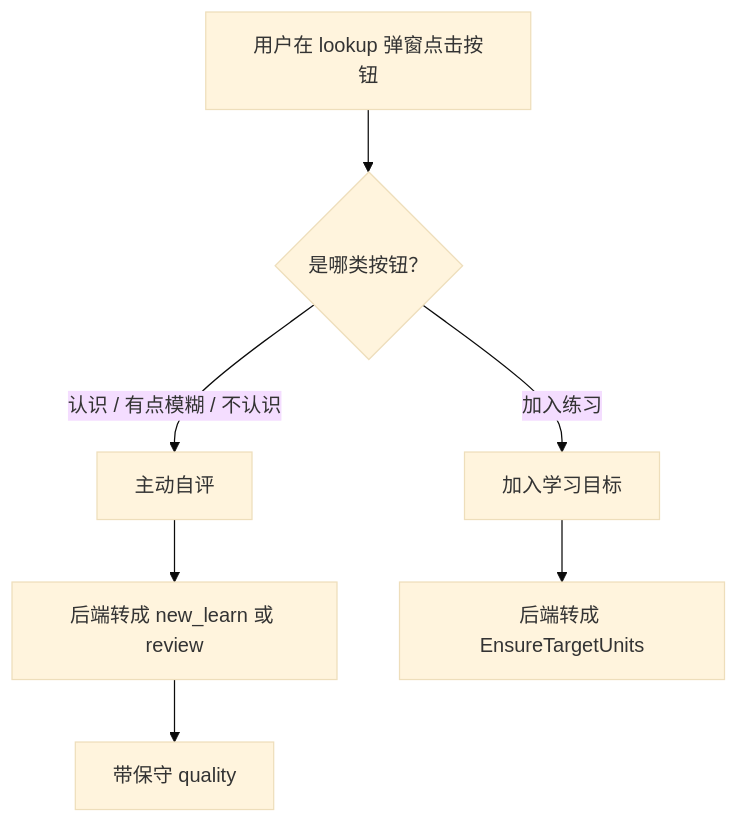
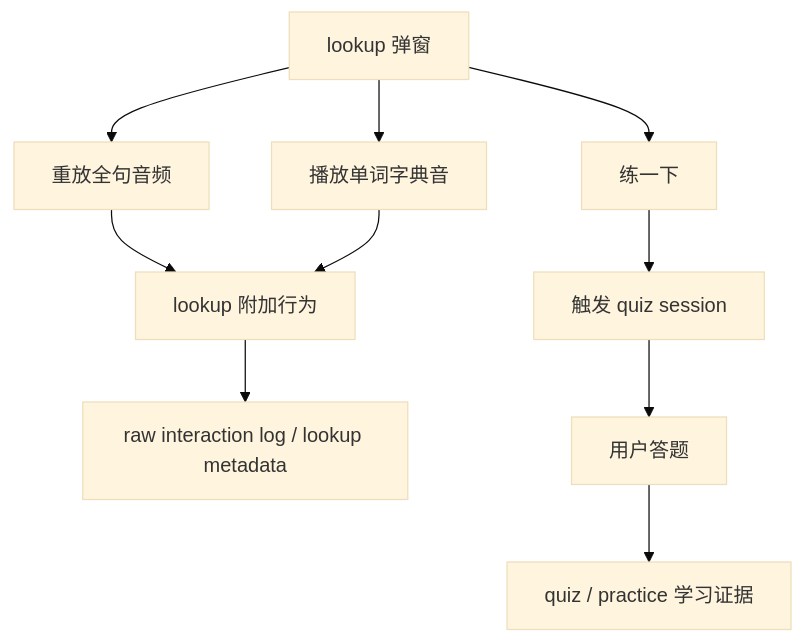
One commit to bionicotaku/learning-video-recommendation-system changed the ninth of 13 diagrams in docs/学习互动信号语义设计.md. Above: the diagram before and after it, drawn with Mermaid (base theme). The commit also changed other lines of this file and 5 other files, not shown here.

````diff
--- a/docs/学习互动信号语义设计.md
+++ b/docs/学习互动信号语义设计.md
@@ -256,11 +429,14 @@
 ```mermaid
 flowchart TD
-    A["用户在 lookup 弹窗点击按钮"] --> B{"是哪类按钮？"}
-    B -->|认识 / 有点模糊 / 不认识| C["主动自评"]
-    B -->|加入练习| D["加入学习目标"]
+    A["lookup 弹窗"] --> B["重放全句音频"]
+    A --> C["播放单词字典音"]
+    A --> D["练一下"]
 
-    C --> E["后端转成 new_learn 或 review"]
-    E --> F["带保守 quality"]
+    B --> E["lookup 附加行为"]
+    C --> E
+    E --> F["raw interaction log / lookup metadata"]
 
-    D --> G["后端转成 EnsureTargetUnits"]
+    D --> G["触发 quiz session"]
+    G --> H["用户答题"]
+    H --> I["quiz / practice 学习证据"]
 ```
````
